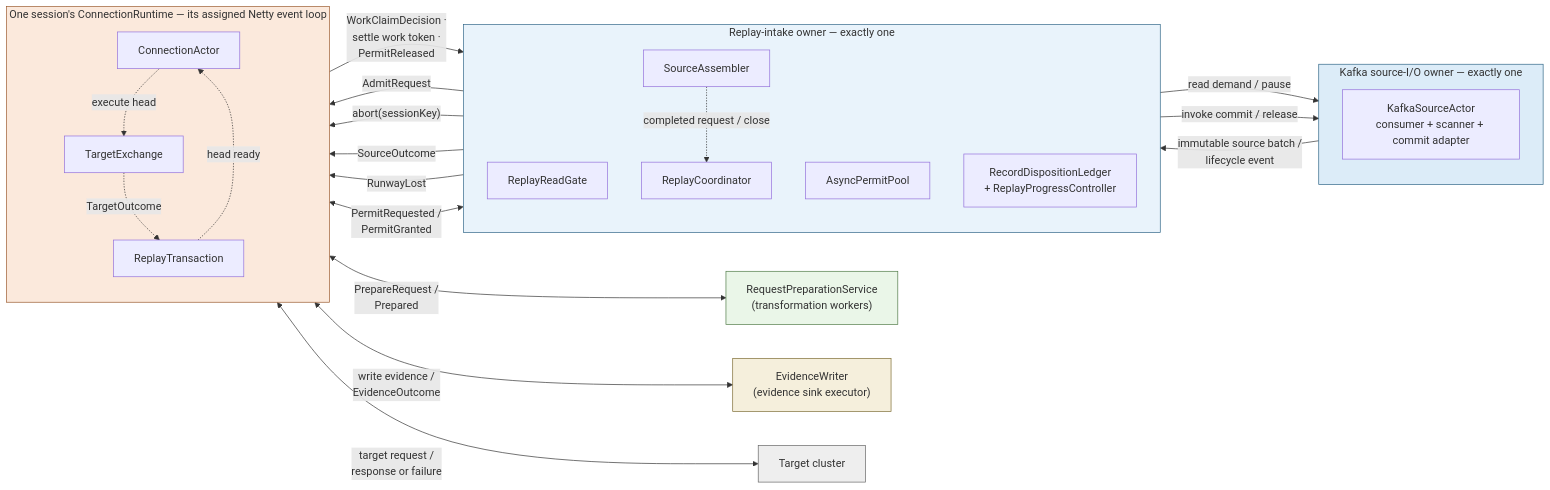
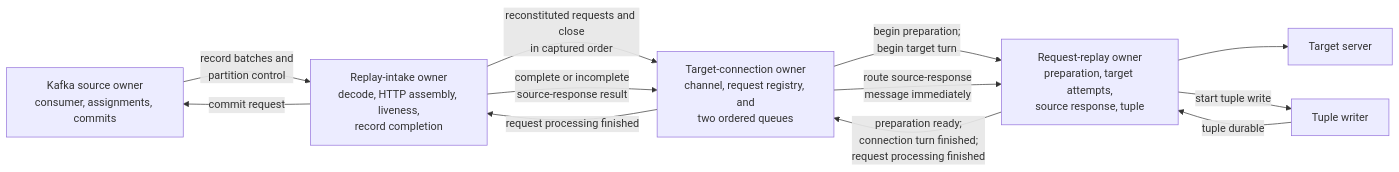
The diagram in docs/replayerProcessingAndCommitArchitecture.md (opensearch-project/opensearch-migrations), drawn with Mermaid before and after one commit. The commit also changed other lines of this file and 10 other files, not shown here.

First line of the commit message:
Design wave: document architecture, expiration, and cancellation

````diff
--- a/docs/replayerProcessingAndCommitArchitecture.md
+++ b/docs/replayerProcessingAndCommitArchitecture.md
@@ -606,55 +86,21 @@
 ```mermaid
 flowchart LR
-    subgraph SOURCE["Kafka source-I/O owner — exactly one"]
-        direction TB
-        KSA["KafkaSourceActor<br/>consumer + scanner + commit adapter"]
-    end
+    Kafka["Kafka source owner<br/>consumer, assignments, commits"]
+    Intake["Replay-intake owner<br/>decode, HTTP assembly, liveness,<br/>record completion"]
+    Actor["Target-connection owner<br/>channel, request registry, and<br/>two ordered queues"]
+    Request["Request-replay owner<br/>preparation, target attempts,<br/>source response, tuple"]
+    Target["Target server"]
+    Tuple["Tuple writer"]
 
-    subgraph INTAKE["Replay-intake owner — exactly one"]
-        direction TB
-        READ["ReplayReadGate"]
-        ASM["SourceAssembler"]
-        COORD["ReplayCoordinator"]
-        POOL["AsyncPermitPool"]
-        LEDGER["RecordDispositionLedger<br/>+ ReplayProgressController"]
-    end
-
-    subgraph LOOP["One session's ConnectionRuntime — its assigned Netty event loop"]
-        direction TB
-        ACTOR["ConnectionActor"]
-        EXCH["TargetExchange"]
-        TXN["ReplayTransaction"]
-    end
-
-    PREP["RequestPreparationService<br/>(transformation workers)"]
-    EVID["EvidenceWriter<br/>(evidence sink executor)"]
-    TARGET["Target cluster"]
-
-    READ -->|"read demand / pause"| KSA
-    KSA -->|"immutable source batch /<br/>lifecycle event"| ASM
-    LEDGER -->|"invoke commit / release"| KSA
-    ASM -.->|"completed request / close"| COORD
-
-    COORD -->|"AdmitRequest"| ACTOR
-    COORD -->|"abort(sessionKey)"| ACTOR
-    ASM -->|"SourceOutcome"| TXN
-    COORD -->|"RunwayLost"| TXN
-
-    POOL <-->|"PermitRequested /<br/>PermitGranted"| TXN
-    TXN <-->|"PrepareRequest /<br/>Prepared"| PREP
-    TXN <-->|"write evidence /<br/>EvidenceOutcome"| EVID
-    EXCH <-->|"target request /<br/>response or failure"| TARGET
-
-    TXN -.->|"head ready"| ACTOR
-    ACTOR -.->|"execute head"| EXCH
-    EXCH -.->|"TargetOutcome"| TXN
-
-    TXN -->|"WorkClaimDecision ·<br/>settle work token ·<br/>PermitReleased"| LEDGER
-
-    style SOURCE fill:#dcecf8,stroke:#2f6687
-    style INTAKE fill:#e9f3fb,stroke:#2f6687
-    style LOOP fill:#fbe9dc,stroke:#9a5a2e
-    style PREP fill:#eaf6e8,stroke:#4f7a46
-    style EVID fill:#f5efdc,stroke:#7d6c32
-    style TARGET fill:#eeeeee,stroke:#666666
+    Kafka -->|"record batches and<br/>partition control"| Intake
+    Intake -->|"reconstituted requests and close<br/>in captured order"| Actor
+    Intake -->|"complete or incomplete<br/>source-response result"| Actor
+    Actor -->|"begin preparation;<br/>begin target turn"| Request
+    Actor -->|"route source-response<br/>message immediately"| Request
+    Request -->|"preparation ready;<br/>connection turn finished;<br/>request processing finished"| Actor
+    Request --> Target
+    Request -->|"start tuple write"| Tuple
+    Tuple -->|"tuple durable"| Request
+    Actor -->|"request processing finished"| Intake
+    Intake -->|"commit request"| Kafka
 ```
````
